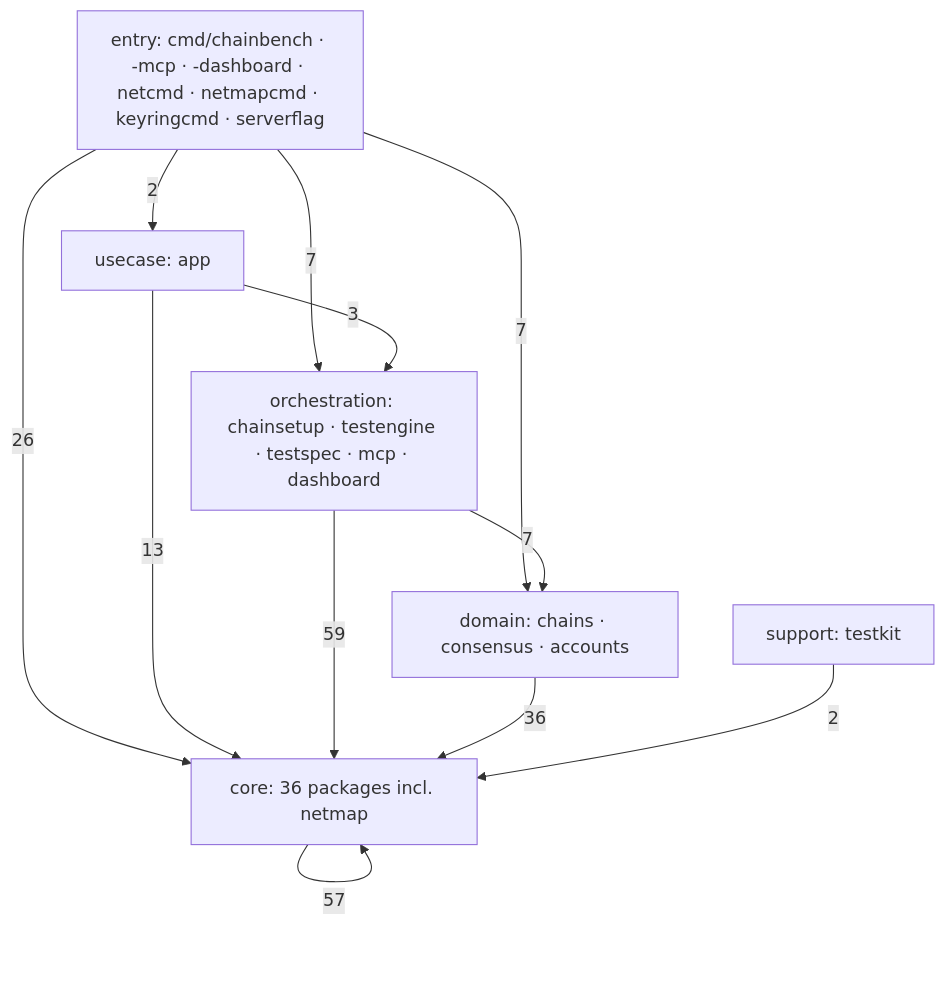
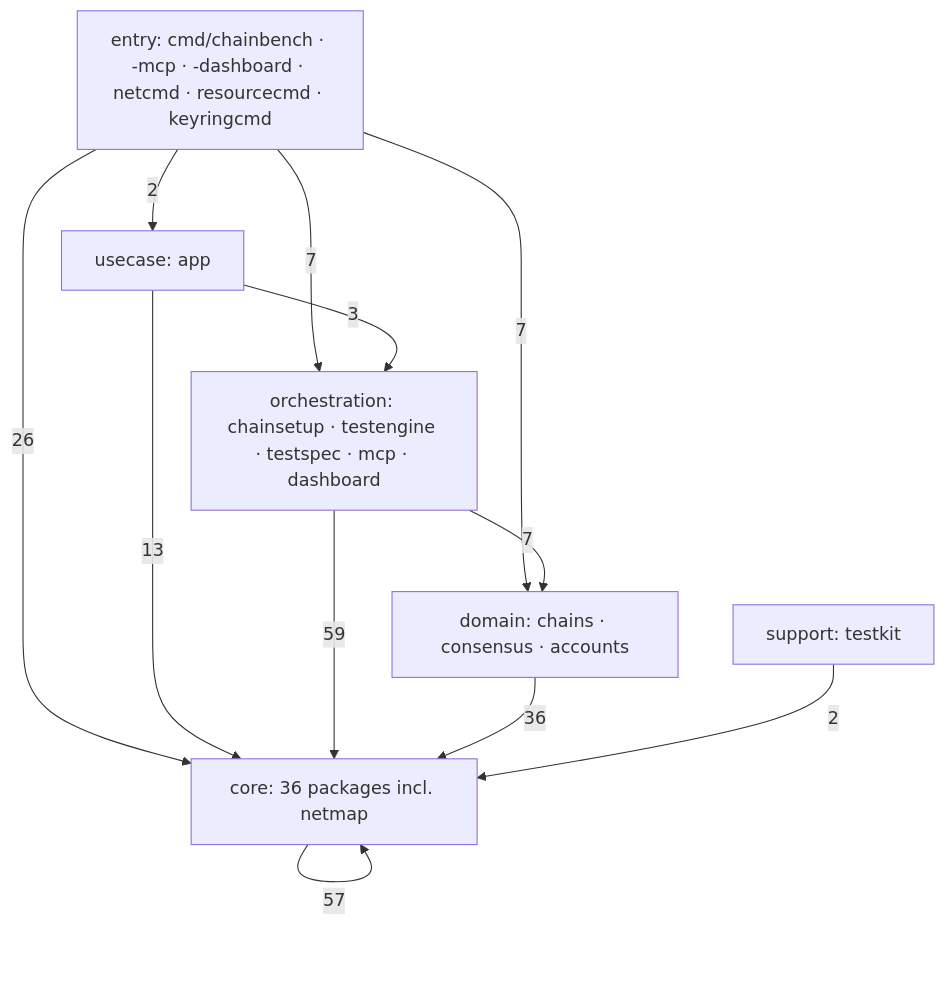
The first of 2 diagrams in docs/dev/architecture/code-graph.md (0xmhha/chainbench), drawn with Mermaid before and after one commit. The commit also changed other lines of this file and 9 other files, not shown here.

````diff
--- a/docs/dev/architecture/code-graph.md
+++ b/docs/dev/architecture/code-graph.md
@@ -36,20 +36,20 @@
 ```mermaid
 flowchart TD
-    entry[entry: cmd/chainbench · -mcp · -dashboard · netcmd · netmapcmd · keyringcmd · serverflag]
+    entry[entry: cmd/chainbench · -mcp · -dashboard · netcmd · resourcecmd · keyringcmd]
     usecase[usecase: app]
     orch[orchestration: chainsetup · testengine · testspec · mcp · dashboard]
     domain[domain: chains · consensus · accounts]
     core[core: 36 packages incl. netmap]
     support[support: testkit]
     entry -->|26| core
     entry -->|7| orch
     entry -->|7| domain
     entry -->|2| usecase
     usecase -->|13| core
     usecase -->|3| orch
     orch -->|59| core
     orch -->|7| domain
     domain -->|36| core
     core -->|57| core
     support -->|2| core
 ```
````
